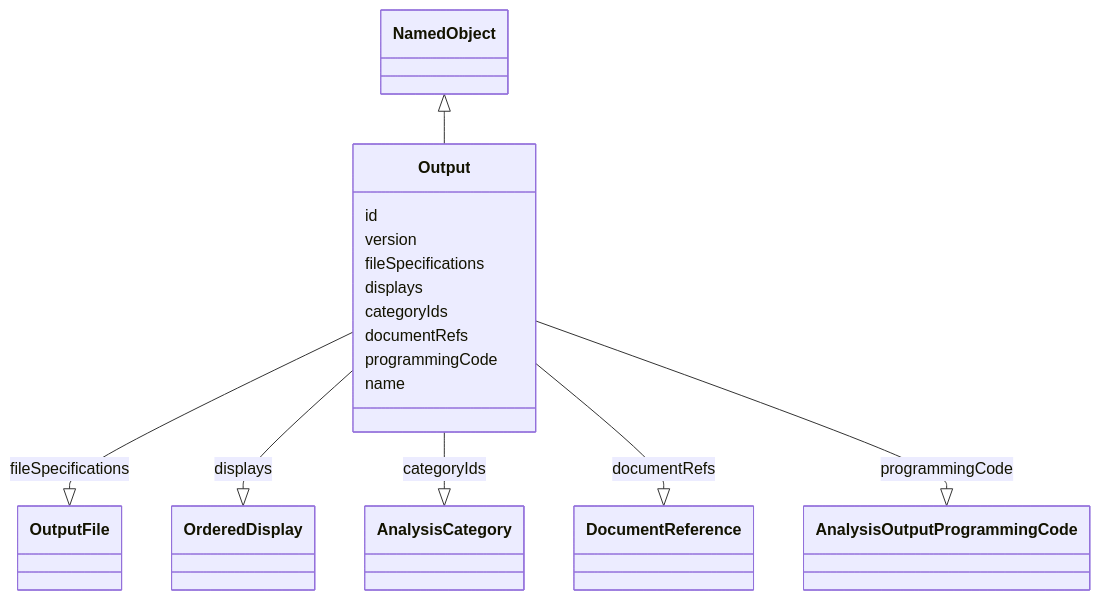
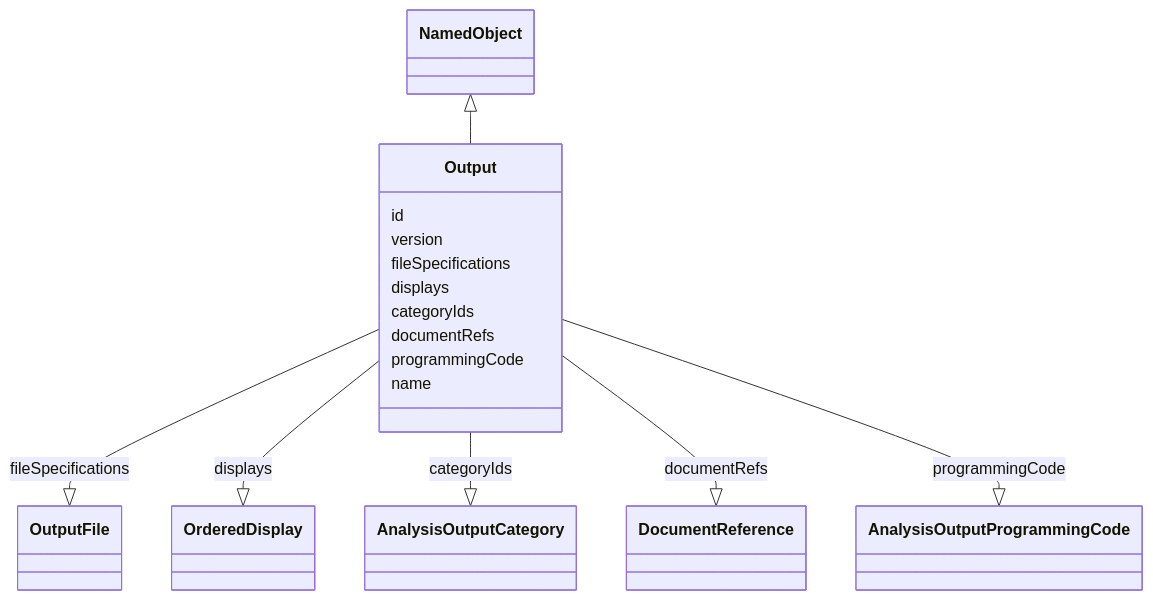
The diagram in project/docs/Output.md (cdisc-org/analysis-results-standard), drawn with Mermaid before and after one commit. The commit also changed other lines of this file and 93 other files, not shown here.

````diff
--- a/project/docs/Output.md
+++ b/project/docs/Output.md
@@ -13,20 +13,20 @@
 ```mermaid
  classDiagram
     class Output
       NamedObject <|-- Output
 
       Output : id
         Output : version
         Output : fileSpecifications
         Output --|> OutputFile : fileSpecifications
         Output : displays
         Output --|> OrderedDisplay : displays
         Output : categoryIds
-        Output --|> AnalysisCategory : categoryIds
+        Output --|> AnalysisOutputCategory : categoryIds
         Output : documentRefs
         Output --|> DocumentReference : documentRefs
         Output : programmingCode
         Output --|> AnalysisOutputProgrammingCode : programmingCode
         Output : name
         
 ```
````
